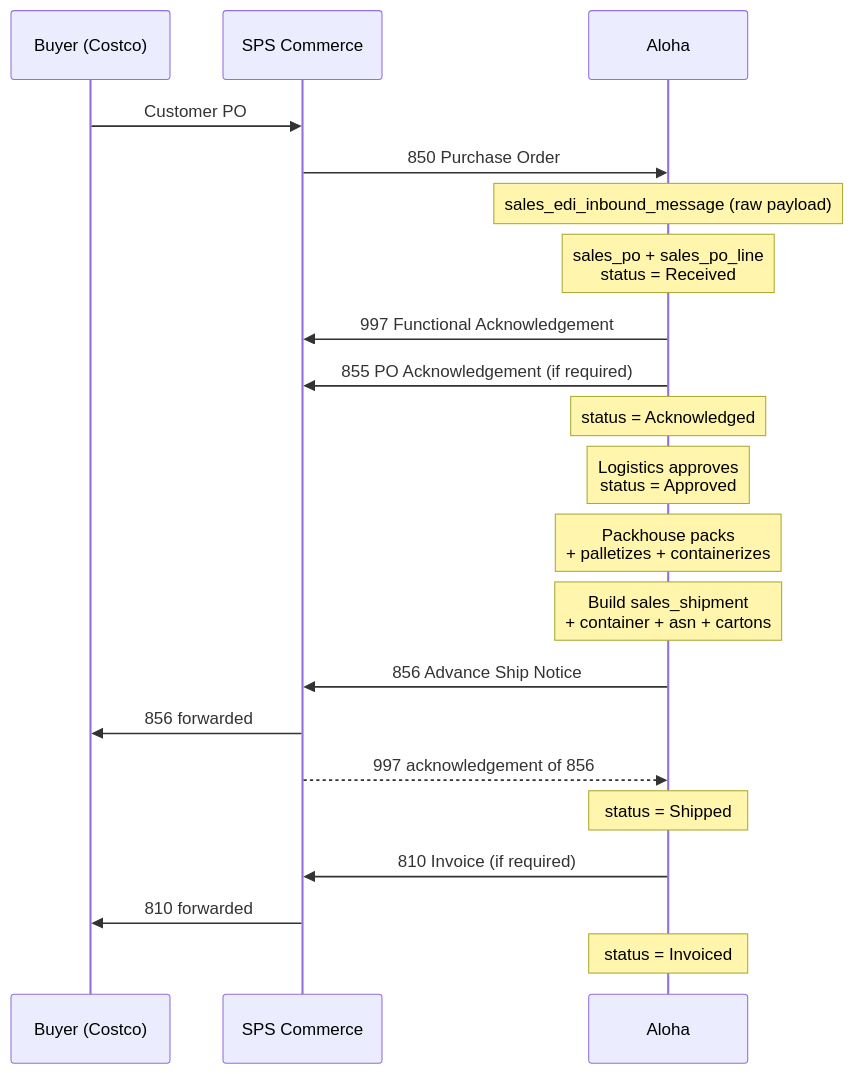
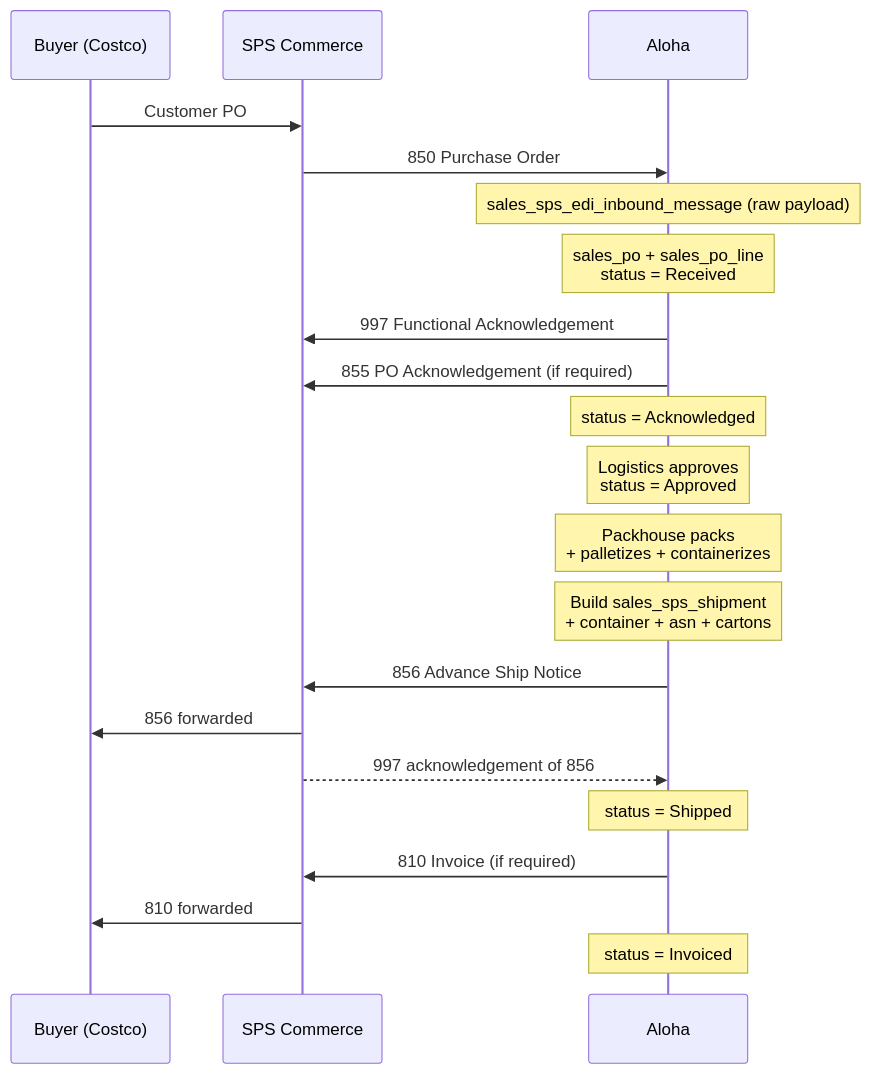
The first of 2 diagrams in docs/processes/20260408000012_sps_edi_integration.md (Hawaii-Farming/aloha-data-migrations), drawn with Mermaid before and after one commit. The commit also changed other lines of this file and 20 other files, not shown here.

First line of the commit message:
refactor(schema): prefix SPS-only tables with sales_sps_

````diff
--- a/docs/processes/20260408000012_sps_edi_integration.md
+++ b/docs/processes/20260408000012_sps_edi_integration.md
@@ -113,26 +113,26 @@
 ```mermaid
 sequenceDiagram
     participant B as Buyer (Costco)
     participant S as SPS Commerce
     participant A as Aloha
 
     B->>S: Customer PO
     S->>A: 850 Purchase Order
-    Note over A: sales_edi_inbound_message (raw payload)
+    Note over A: sales_sps_edi_inbound_message (raw payload)
     Note over A: sales_po + sales_po_line<br/>status = Received
     A->>S: 997 Functional Acknowledgement
     A->>S: 855 PO Acknowledgement (if required)
     Note over A: status = Acknowledged
 
     Note over A: Logistics approves<br/>status = Approved
     Note over A: Packhouse packs<br/>+ palletizes + containerizes
-    Note over A: Build sales_shipment<br/>+ container + asn + cartons
+    Note over A: Build sales_sps_shipment<br/>+ container + asn + cartons
     A->>S: 856 Advance Ship Notice
     S->>B: 856 forwarded
     S-->>A: 997 acknowledgement of 856
     Note over A: status = Shipped
 
     A->>S: 810 Invoice (if required)
     S->>B: 810 forwarded
     Note over A: status = Invoiced
 ```
````
